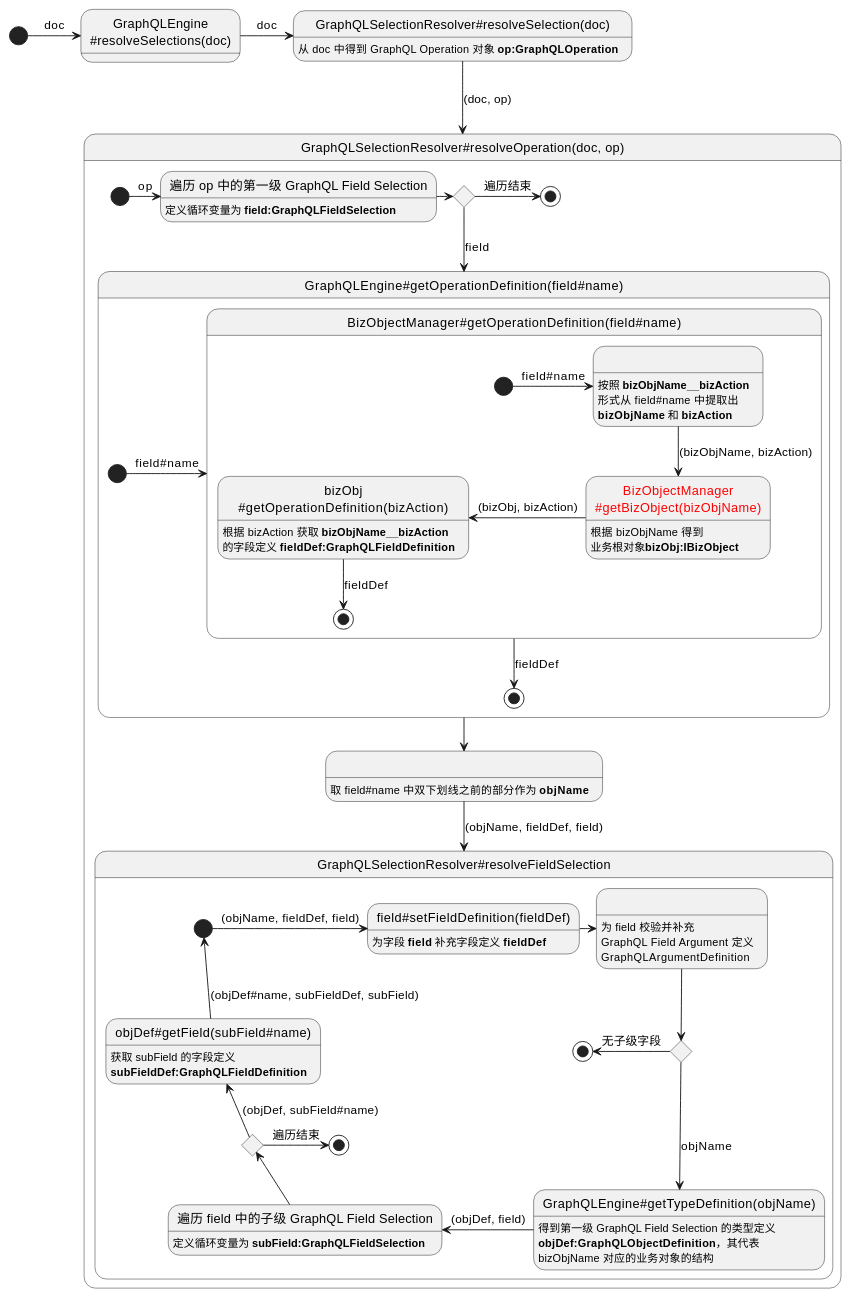
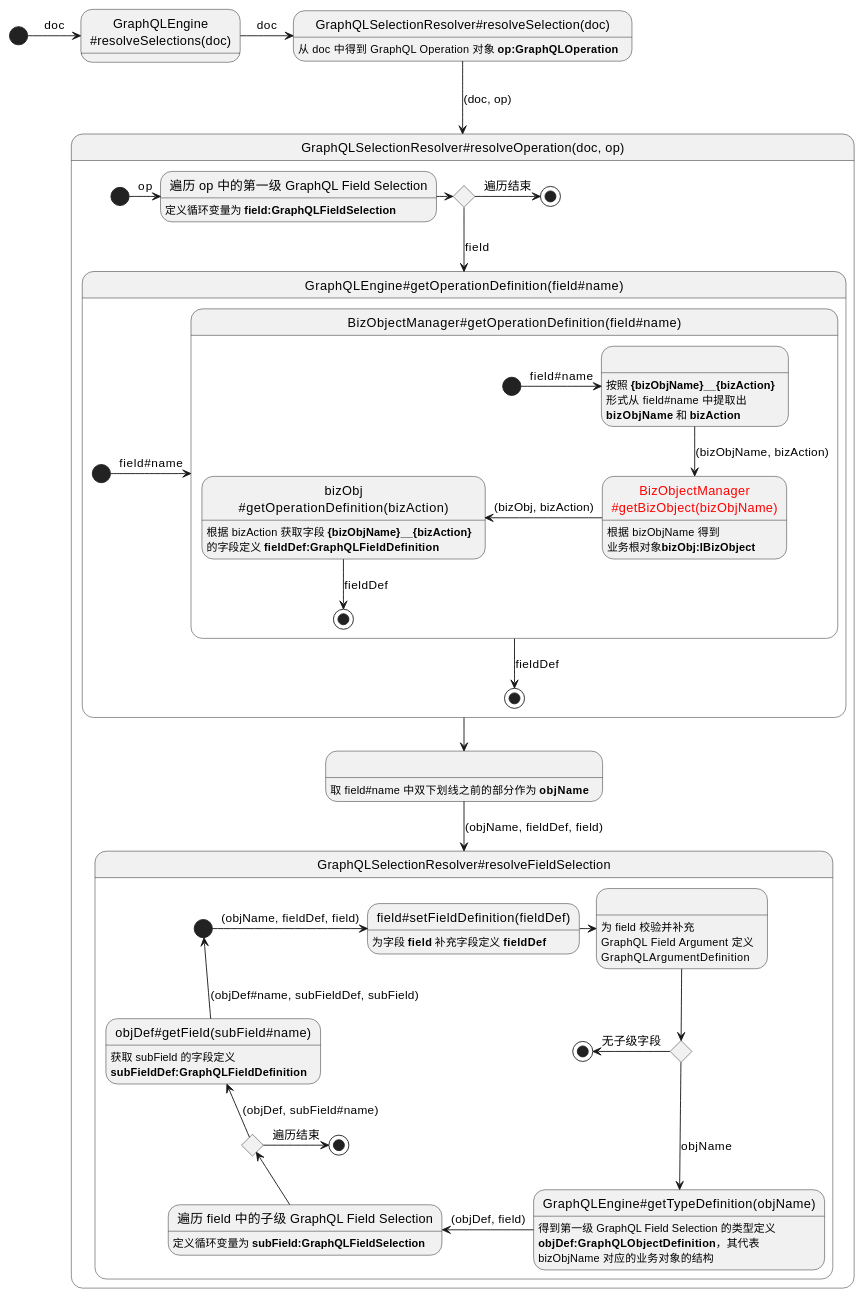
The fourth of 5 diagrams in docs/400.implement/400.component/100.graphql.md (crazydan-studio/nop.crazydan.io), drawn with PlantUML before and after one commit. The commit also changed other lines of this file, not shown here.

````diff
--- a/docs/400.implement/400.component/100.graphql.md
+++ b/docs/400.implement/400.component/100.graphql.md
@@ -416,69 +423,68 @@
 ```plantuml
 state "GraphQLEngine\n~#resolveSelections(doc)" as call_engine_resolveSelections
-
 state "GraphQLSelectionResolver#resolveSelection(doc)" as call_resolver_resolveSelection: 从 doc 中得到 GraphQL Operation 对象 <b>op:GraphQLOperation</b>
 
 [*] -> call_engine_resolveSelections: doc
 call_engine_resolveSelections -> call_resolver_resolveSelection: doc
 call_resolver_resolveSelection -down-> call_resolver_resolveOperation: (doc, op)
 
 state "GraphQLSelectionResolver#resolveOperation(doc, op)" as call_resolver_resolveOperation {
   state "遍历 op 中的第一级 GraphQL Field Selection" as get_field_from_op: 定义循环变量为 <b>field:GraphQLFieldSelection</b>
   state " " as split_objName_from_op: 取 field#name 中双下划线之前的部分作为 <b>objName</b>
   state has_op_field <<choice>>
 
   [*] -right-> get_field_from_op: op
   get_field_from_op -right-> has_op_field
 
   has_op_field -right-> [*]: 遍历结束
   has_op_field -down-> call_engine_getOperationDefinition: field
 
   call_engine_getOperationDefinition -down-> split_objName_from_op
   split_objName_from_op -down-> call_resolver_resolveFieldSelection: (objName, fieldDef, field)
 
   state "GraphQLEngine~#getOperationDefinition(field#name)" as call_engine_getOperationDefinition {
     [*] -right-> call_bizObj_getOperationDefinition: field#name
     call_bizObj_getOperationDefinition -down-> [*]: fieldDef
 
     state "BizObjectManager#getOperationDefinition(field#name)" as call_bizObj_getOperationDefinition {
-      state " " as split_field_name: 按照 **bizObjName__bizAction**\n形式从 field#name 中提取出\n**bizObjName** 和 **bizAction**
+      state " " as split_field_name: 按照 **{bizObjName}__{bizAction}**\n形式从 field#name 中提取出\n**bizObjName** 和 **bizAction**
       state "<color:red>BizObjectManager\n<color:red>~#getBizObject(bizObjName)" as call_biz_obj_man_getBizObject: 根据 bizObjName 得到\n业务根对象<b>bizObj:IBizObject</b>
-      state "bizObj\n~#getOperationDefinition(bizAction)" as call_biz_obj_getOperationDefinition: 根据 bizAction 获取 **bizObjName__bizAction**\n的字段定义 <b>fieldDef:GraphQLFieldDefinition</b>
+      state "bizObj\n~#getOperationDefinition(bizAction)" as call_biz_obj_getOperationDefinition: 根据 bizAction 获取字段 **{bizObjName}__{bizAction}**\n的字段定义 <b>fieldDef:GraphQLFieldDefinition</b>
 
       [*] -right-> split_field_name: field#name
       split_field_name -down-> call_biz_obj_man_getBizObject: (bizObjName, bizAction)
       call_biz_obj_man_getBizObject -left-> call_biz_obj_getOperationDefinition: (bizObj, bizAction)
       call_biz_obj_getOperationDefinition -down-> [*]: fieldDef
     }
   }
 
   state "GraphQLSelectionResolver~#resolveFieldSelection" as call_resolver_resolveFieldSelection {
     state "field#setFieldDefinition(fieldDef)" as call_field_setFieldDefinition: 为字段 <b>field</b> 补充字段定义 <b>fieldDef</b>
     state " " as validate_field_args: 为 field 校验并补充\nGraphQL Field Argument 定义\nGraphQLArgumentDefinition
     state top_has_sub_field <<choice>>
 
     state "GraphQLEngine#getTypeDefinition(objName)" as call_engine_getTypeDefinition: 得到第一级 GraphQL Field Selection 的类型定义\n<b>objDef:GraphQLObjectDefinition</b>，其代表\nbizObjName 对应的业务对象的结构
     state "遍历 field 中的子级 GraphQL Field Selection" as get_field_from_field: 定义循环变量为 <b>subField:GraphQLFieldSelection</b>
     state "objDef#getField(subField#name)" as call_obj_def_getField: 获取 subField 的字段定义\n<b>subFieldDef:GraphQLFieldDefinition</b>
     state has_sub_field <<choice>>
     state start <<start>>
     state end0 <<end>>
     state end1 <<end>>
 
     start -right-> call_field_setFieldDefinition: (objName, fieldDef, field)
     call_field_setFieldDefinition -right-> validate_field_args
     validate_field_args -down-> top_has_sub_field
 
     top_has_sub_field -left-> end0: 无子级字段
     top_has_sub_field -down-> call_engine_getTypeDefinition: objName
 
     call_engine_getTypeDefinition -left-> get_field_from_field: (objDef, field)
     get_field_from_field -up-> has_sub_field
 
     has_sub_field -right-> end1: 遍历结束
     has_sub_field -up-> call_obj_def_getField: (objDef, subField#name)
 
     call_obj_def_getField -up-> start: (objDef#name, subFieldDef, subField)
   }
 }
 ```
````
